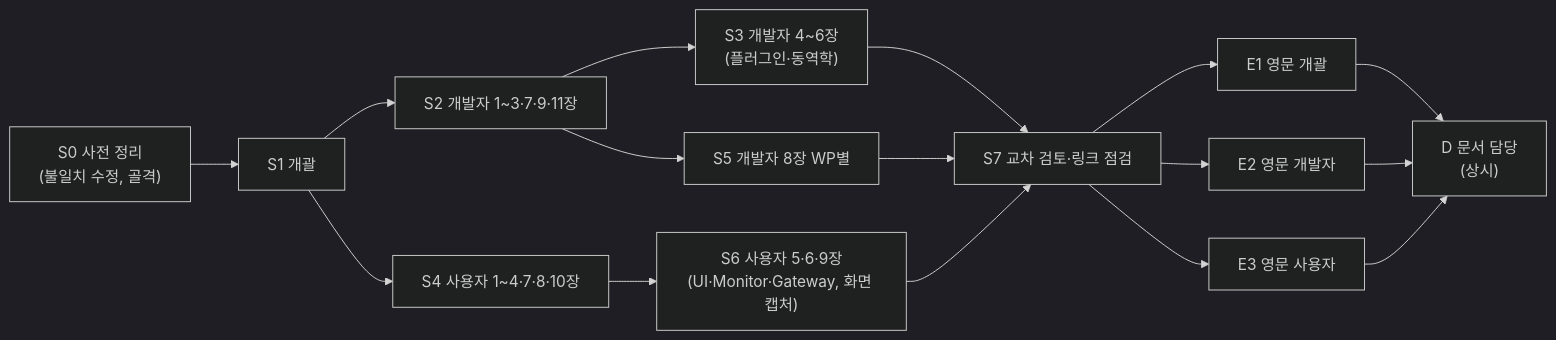
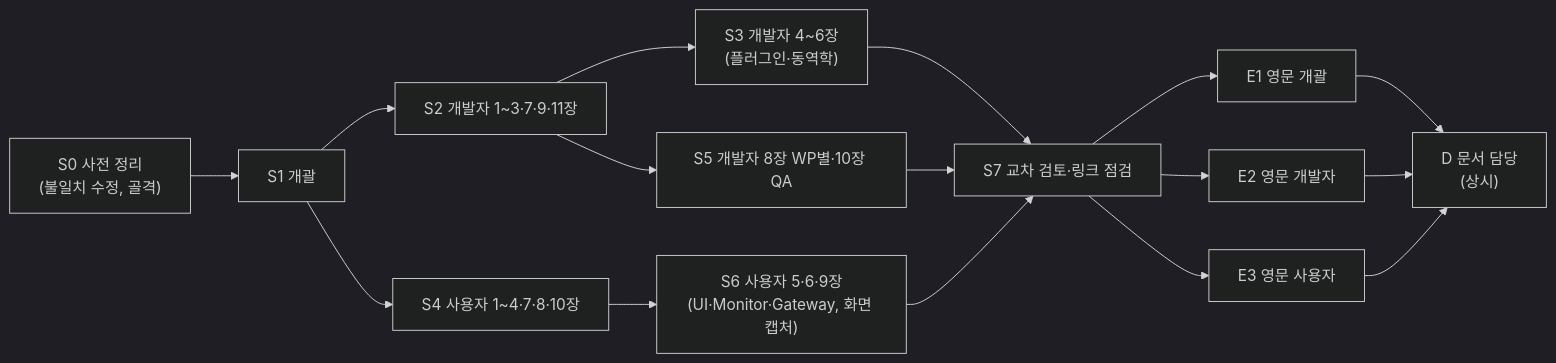
One commit to Kimbyung-wook/SwarmFlSim changed the second of 3 diagrams in docs/30_doc_plan.md. Above: the diagram before and after it, drawn with Mermaid (dark theme). The commit also changed other lines of this file and 30 other files, not shown here.

````diff
--- a/docs/30_doc_plan.md
+++ b/docs/30_doc_plan.md
@@ -175,18 +175,18 @@
 ```mermaid
 flowchart LR
     S0["S0 사전 정리<br/>(불일치 수정, 골격)"] --> S1["S1 개괄"]
     S1 --> S2["S2 개발자 1~3·7·9·11장"]
     S1 --> S4["S4 사용자 1~4·7·8·10장"]
     S2 --> S3["S3 개발자 4~6장<br/>(플러그인·동역학)"]
-    S2 --> S5["S5 개발자 8장 WP별"]
+    S2 --> S5["S5 개발자 8장 WP별·10장 QA"]
     S4 --> S6["S6 사용자 5·6·9장<br/>(UI·Monitor·Gateway, 화면 캡처)"]
     S3 --> S7["S7 교차 검토·링크 점검"]
     S5 --> S7
     S6 --> S7
     S7 --> E1["E1 영문 개괄"]
     S7 --> E2["E2 영문 개발자"]
     S7 --> E3["E3 영문 사용자"]
     E1 --> D["D 문서 담당<br/>(상시)"]
     E2 --> D
     E3 --> D
 ```
````
